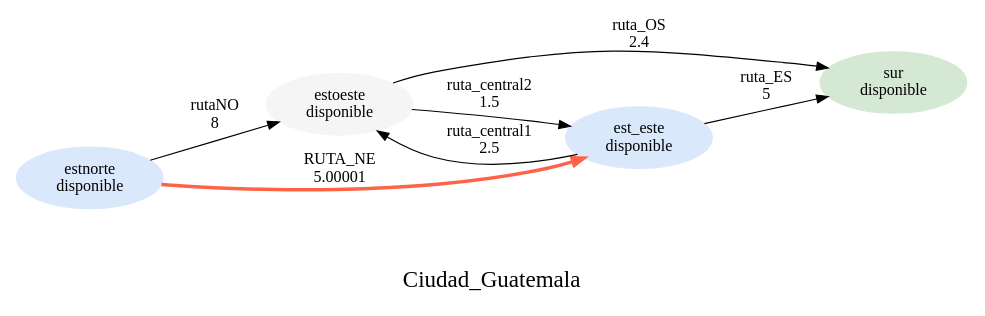
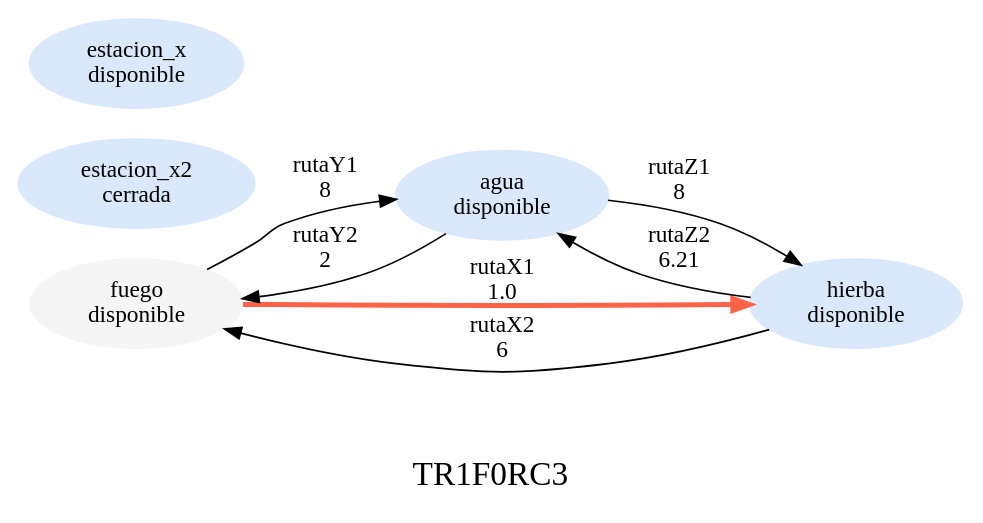
The diagram in MapTracing/fsm.gv (GAQF202/MapTracing), drawn with Graphviz before and after one commit. The commit also changed 31 other files, not shown here.

```diff
--- a/MapTracing/fsm.gv
+++ b/MapTracing/fsm.gv
@@ -1,48 +1,39 @@
 digraph finite_state_machine {
 	rankdir=LR size="8,5"
-	label="\n\nCiudad_Guatemala
+	label="\n\nTR1F0RC3
 "
 	fontsize=20
+	node [color="#f5f5f5" shape=ellipse style=filled]
+	fuego [label="fuego
+disponible"]
 	node [color="#dae8fc" shape=ellipse style=filled]
-	"estnorte
-disponible"
-	node [color="#f5f5f5" shape=ellipse style=filled]
-	"estoeste
-disponible"
+	agua [label="agua
+disponible"]
 	node [color="#dae8fc" shape=ellipse style=filled]
-	"est_este
-disponible"
-	node [color="#d5e8d4" shape=ellipse style=filled]
-	"sur
-disponible"
+	hierba [label="hierba
+disponible"]
+	node [color="#dae8fc" shape=ellipse style=filled]
+	estacion_x2 [label="estacion_x2
+cerrada"]
+	node [color="#dae8fc" shape=ellipse style=filled]
+	estacion_x [label="estacion_x
+disponible"]
+	edge [color="#FF6347" penwidth=3]
+	fuego -> hierba [label="rutaX1
+1.0"]
 	edge [color=black penwidth=""]
-	"est_este
-disponible" -> "estoeste
-disponible" [label="ruta_central1
-2.5"]
+	hierba -> fuego [label="rutaX2
+6"]
 	edge [color=black penwidth=""]
-	"estoeste
-disponible" -> "est_este
-disponible" [label="ruta_central2
-1.5"]
+	hierba -> agua [label="rutaZ2
+6.21"]
 	edge [color=black penwidth=""]
-	"estnorte
-disponible" -> "estoeste
-disponible" [label="rutaNO
+	agua -> hierba [label="rutaZ1
 8"]
-	edge [color="#FF6347" penwidth=3]
-	"estnorte
-disponible" -> "est_este
-disponible" [label="RUTA_NE
-5.00001"]
 	edge [color=black penwidth=""]
-	"estoeste
-disponible" -> "sur
-disponible" [label="ruta_OS
-2.4"]
+	agua -> fuego [label="rutaY2
+2"]
 	edge [color=black penwidth=""]
-	"est_este
-disponible" -> "sur
-disponible" [label="ruta_ES
-5"]
+	fuego -> agua [label="rutaY1
+8"]
 }
```
